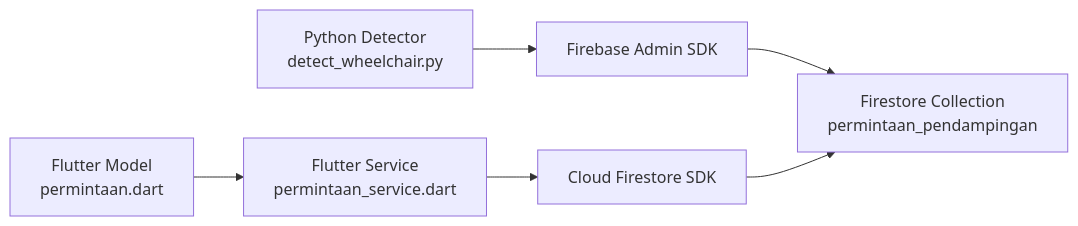
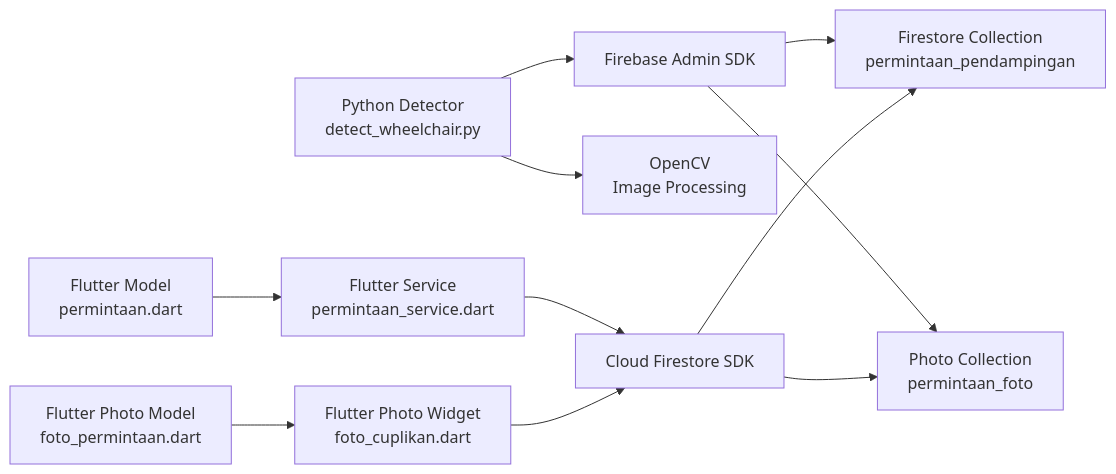
One commit to rdsarjito/whoosh-ramah changed the eighth of 8 diagrams in .qoder/repowiki/en/content/AI Detection System/Firebase Integration.md. Above: the diagram before and after it, drawn with Mermaid. The commit also changed other lines of this file and 17 other files, not shown here.

````diff
--- a/.qoder/repowiki/en/content/AI Detection System/Firebase Integration.md
+++ b/.qoder/repowiki/en/content/AI Detection System/Firebase Integration.md
@@ -334,8 +424,13 @@
 ```mermaid
 graph LR
 PY["Python Detector<br/>detect_wheelchair.py"] --> FIREBASE_ADMIN["Firebase Admin SDK"]
+PY --> OPENCV["OpenCV<br/>Image Processing"]
 FIREBASE_ADMIN --> FIRESTORE["Firestore Collection<br/>permintaan_pendampingan"]
+FIREBASE_ADMIN --> PHOTO_STORE["Photo Collection<br/>permintaan_foto"]
 FLUTTER_MODEL["Flutter Model<br/>permintaan.dart"] --> FLUTTER_SERVICE["Flutter Service<br/>permintaan_service.dart"]
+FLUTTER_PHOTO_MODEL["Flutter Photo Model<br/>foto_permintaan.dart"] --> FLUTTER_PHOTO_WIDGET["Flutter Photo Widget<br/>foto_cuplikan.dart"]
 FLUTTER_SERVICE --> CLOUD_FIRESTORE["Cloud Firestore SDK"]
+FLUTTER_PHOTO_WIDGET --> CLOUD_FIRESTORE
 CLOUD_FIRESTORE --> FIRESTORE
+CLOUD_FIRESTORE --> PHOTO_STORE
 ```
````
